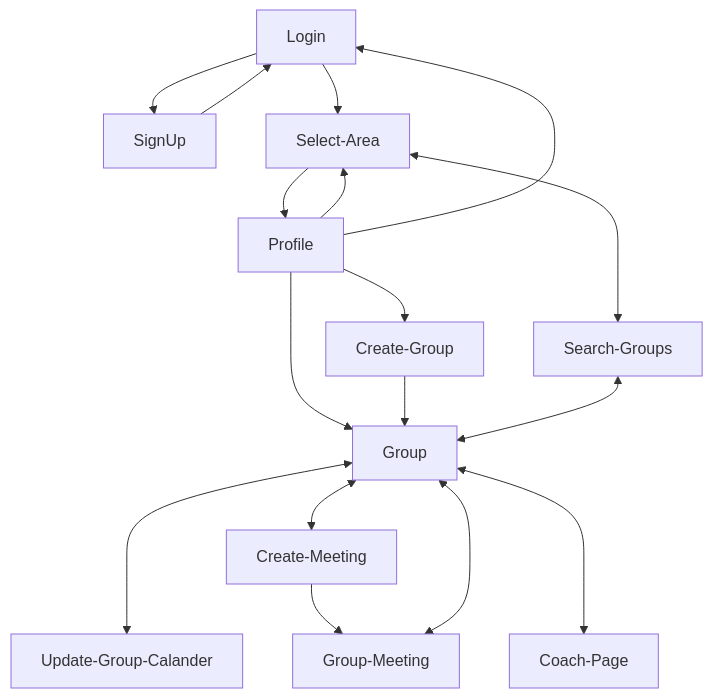
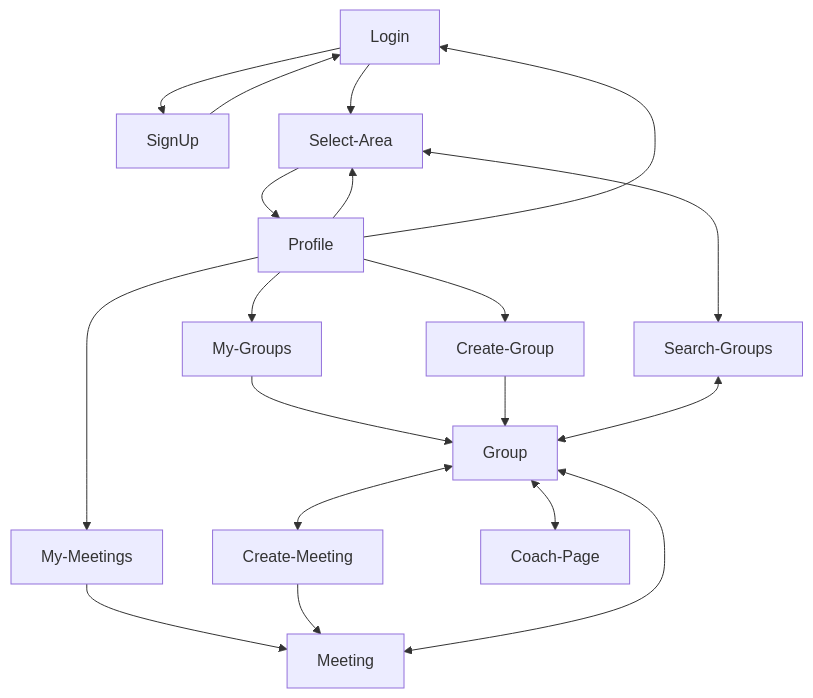
Before and after one commit to DorYanay/SoluTrain-Mobile-APP: the third of 3 diagrams in README.md, drawn with Mermaid.

Commit message:
update pages diagram

````diff
--- a/README.md
+++ b/README.md
@@ -157,15 +157,17 @@
 ```mermaid
 flowchart TD
   Login --> SignUp & Select-Area
   SignUp --> Login
   Select-Area --> Profile
-  Profile --> Group & Select-Area
+  Profile --> Select-Area
   Profile --> Login
+  Profile --> My-Groups & My-Meetings
+  My-Groups --> Group
+  My-Meetings --> Meeting
   Profile --> Create-Group --> Group
-  Group <---> Update-Group-Calander
-  Group <--> Create-Meeting --> Group-Meeting
-  Group <--> Group-Meeting
+  Group <--> Create-Meeting --> Meeting
+  Group <--> Meeting
   Select-Area <--> Search-Groups
   Search-Groups <--> Group
-  Group <---> Coach-Page
+  Group <--> Coach-Page
 ```
````
